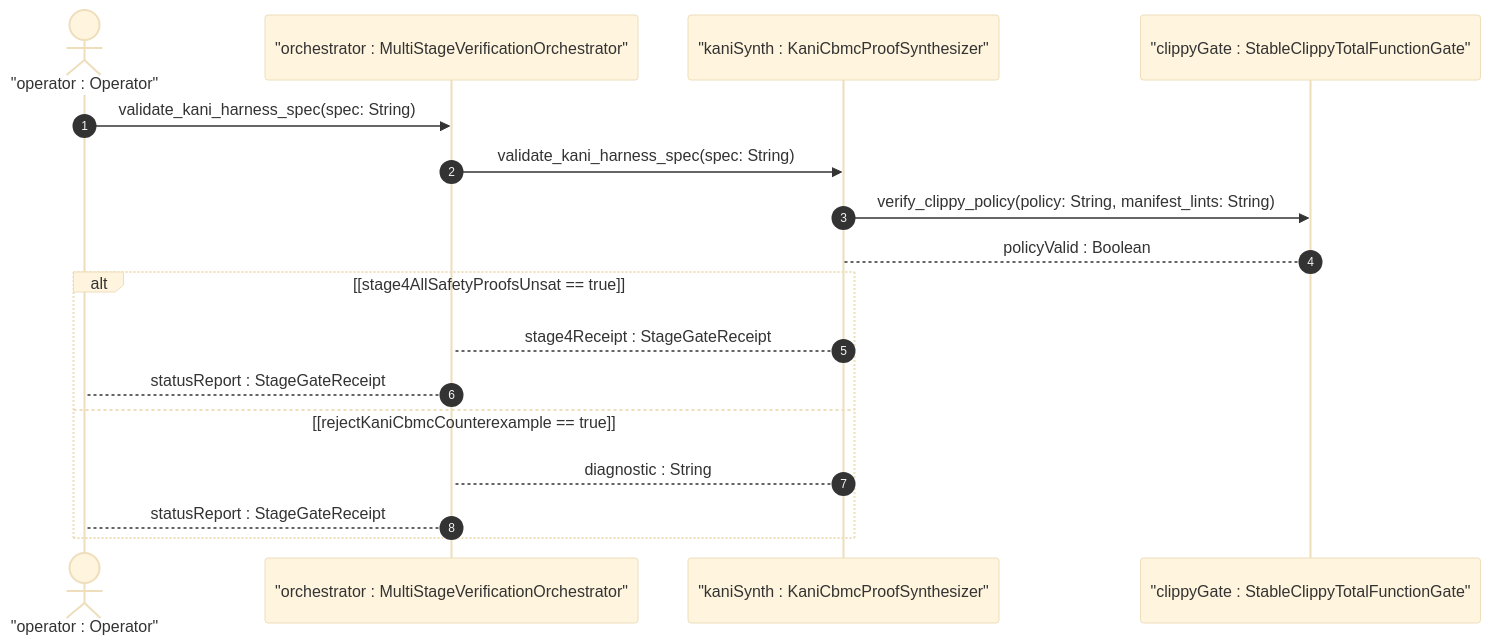
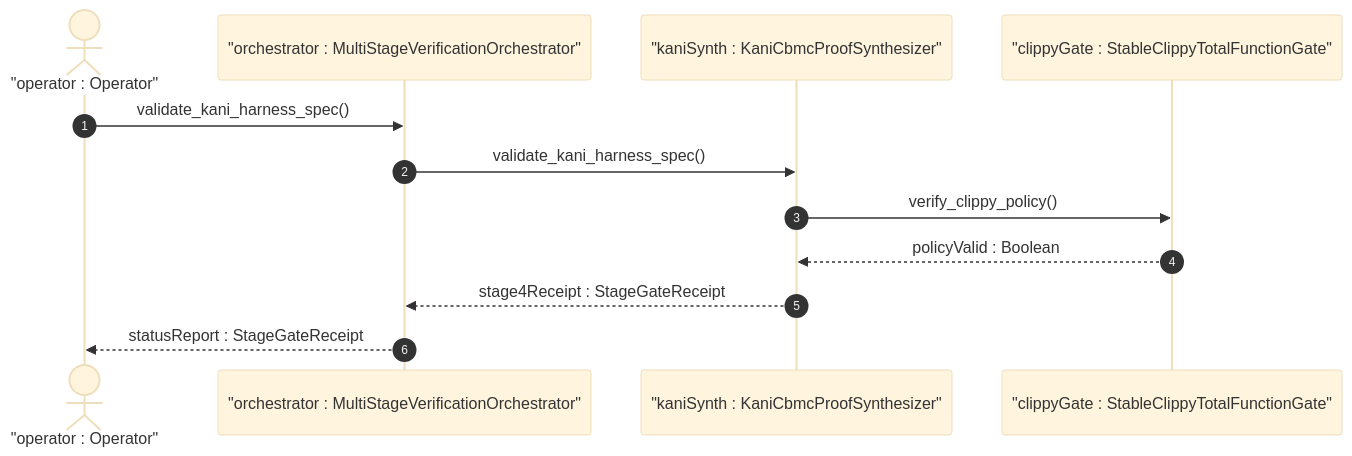
One commit to gintatkinson/DEAP01-spec-core changed the first of 2 diagrams in .pipeline/upstream/docs/user-stories/US-64-validate_kani_harness_spec.md. Above: the diagram before and after it, drawn with Mermaid (base theme). The commit also changed other lines of this file and 88 other files, not shown here.

````diff
--- a/.pipeline/upstream/docs/user-stories/US-64-validate_kani_harness_spec.md
+++ b/.pipeline/upstream/docs/user-stories/US-64-validate_kani_harness_spec.md
@@ -38,19 +38,14 @@
 ```mermaid
 sequenceDiagram
     autonumber
     actor Operator as "operator : Operator"
     participant MultiStageVerificationOrchestrator as "orchestrator : MultiStageVerificationOrchestrator"
     participant KaniCbmcProofSynthesizer as "kaniSynth : KaniCbmcProofSynthesizer"
     participant StableClippyTotalFunctionGate as "clippyGate : StableClippyTotalFunctionGate"
-    Operator->>MultiStageVerificationOrchestrator: validate_kani_harness_spec(spec: String)
-    MultiStageVerificationOrchestrator->>KaniCbmcProofSynthesizer: validate_kani_harness_spec(spec: String)
-    KaniCbmcProofSynthesizer->>StableClippyTotalFunctionGate: verify_clippy_policy(policy: String, manifest_lints: String)
-    StableClippyTotalFunctionGate-->KaniCbmcProofSynthesizer: policyValid : Boolean
-    alt [stage4AllSafetyProofsUnsat == true]
-        KaniCbmcProofSynthesizer-->MultiStageVerificationOrchestrator: stage4Receipt : StageGateReceipt
-        MultiStageVerificationOrchestrator-->Operator: statusReport : StageGateReceipt
-    else [rejectKaniCbmcCounterexample == true]
-        KaniCbmcProofSynthesizer-->MultiStageVerificationOrchestrator: diagnostic : String
-        MultiStageVerificationOrchestrator-->Operator: statusReport : StageGateReceipt
-    end
+    Operator->>MultiStageVerificationOrchestrator: validate_kani_harness_spec()
+    MultiStageVerificationOrchestrator->>KaniCbmcProofSynthesizer: validate_kani_harness_spec()
+    KaniCbmcProofSynthesizer->>StableClippyTotalFunctionGate: verify_clippy_policy()
+    StableClippyTotalFunctionGate-->>KaniCbmcProofSynthesizer: policyValid : Boolean
+    KaniCbmcProofSynthesizer-->>MultiStageVerificationOrchestrator: stage4Receipt : StageGateReceipt
+    MultiStageVerificationOrchestrator-->>Operator: statusReport : StageGateReceipt
 ```
````
